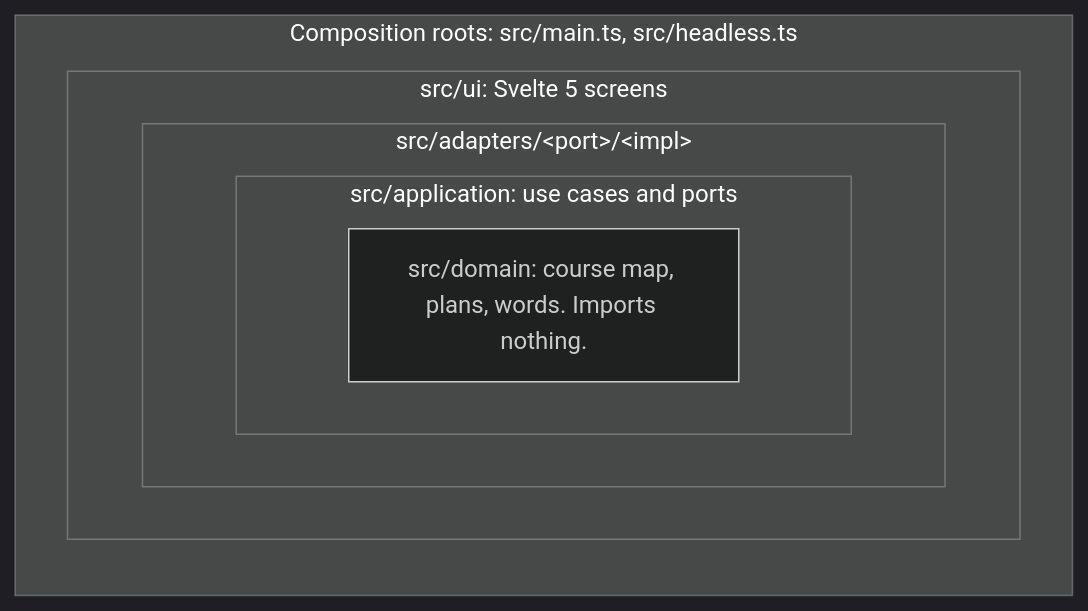
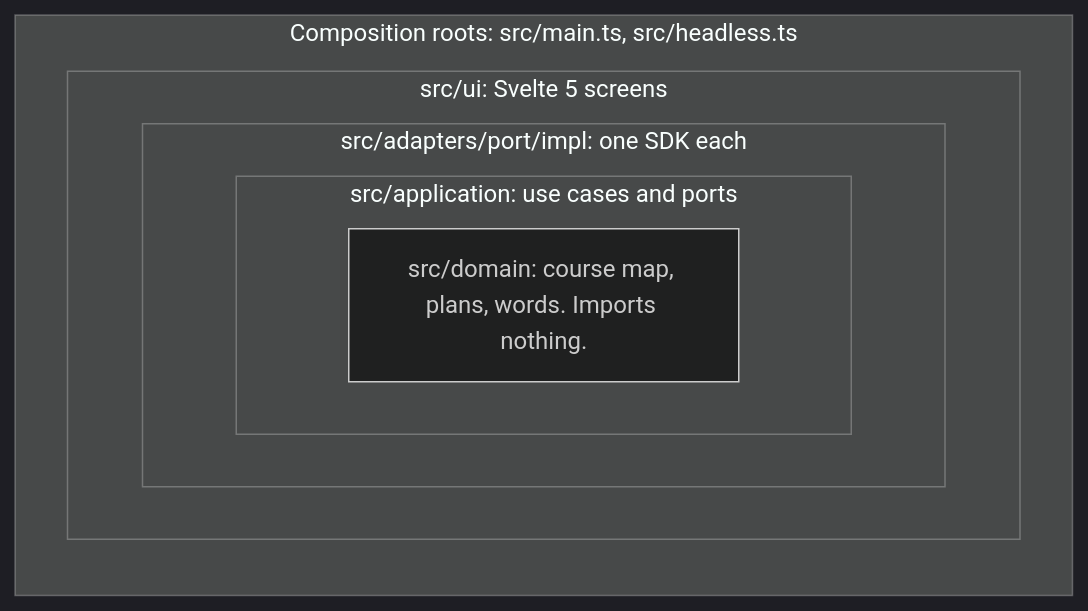
Before and after one commit to tutors-sdk/tutors-studio: the third of 9 diagrams in docs/architecture.md, drawn with Mermaid (dark theme). The commit also changed other lines of this file, not shown here.

First line of the commit message:
Make the architecture diagrams readable; add the local Tutors deploy

````diff
--- a/docs/architecture.md
+++ b/docs/architecture.md
@@ -107,13 +106,13 @@
 ```mermaid
 flowchart TB
   subgraph roots["Composition roots: src/main.ts, src/headless.ts"]
     direction TB
     subgraph ui["src/ui: Svelte 5 screens"]
-      subgraph adapters["src/adapters/&lt;port&gt;/&lt;impl&gt;"]
+      subgraph adapters["src/adapters/port/impl: one SDK each"]
         subgraph app["src/application: use cases and ports"]
           domain["src/domain: course map, plans, words. Imports nothing."]
         end
       end
     end
   end
 ```
````
